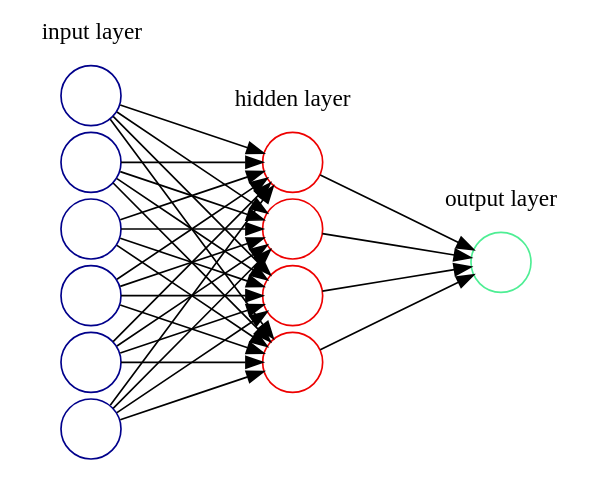
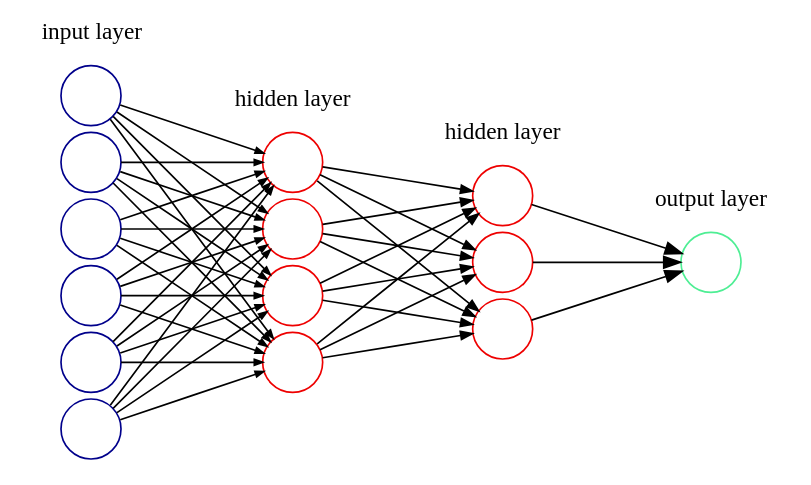
The diagram in images/graphviz/graph.dot (Findus23/Bachelors-Thesis), drawn with Graphviz before and after one commit. The commit also changed 11 other files, not shown here.

```diff
--- a/images/graphviz/graph.dot
+++ b/images/graphviz/graph.dot
@@ -1,34 +1,42 @@
 # https://gist.github.com/thigm85/5760134
 digraph G {
     rankdir=LR
 	splines=line
     nodesep=.05;
     bgcolor="transparent";
-    penwidth = 0  
-          
+    penwidth = 0
+
     node [label=""];
-        
+
     subgraph cluster_0 {
 		color=white;
         node [style=solid,color=blue4, shape=circle];
 		x1 x2 x3 x4 x5 x6;
 		label = "input layer";
 	}
 
 	subgraph cluster_1 {
 		color=white;
 		node [style=solid,color=red2, shape=circle];
 		a12 a22 a32 a42;
 		label = "hidden layer";
 	}
 
 	subgraph cluster_2 {
 		color=white;
+		node [style=solid,color=red2, shape=circle];
+		a13 a23 a33;
+		label = "hidden layer";
+	}
+
+	subgraph cluster_3 {
+		color=white;
 		node [style=solid,color=seagreen2, shape=circle];
 		O1;
 		label="output layer";
 	}
 
-    {x1; x2; x3; x4; x5; x6} -> {a12;a22;a32;a42};
-    {a12; a22; a32; a42} -> O1
+    {x1; x2; x3; x4; x5; x6} -> {a12;a22;a32;a42} [arrowsize=0.5];
+	{a12;a22;a32;a42} -> {a13; a23; a33} [arrowsize=0.7];
+    {a13; a23; a33} -> O1
 }
```
